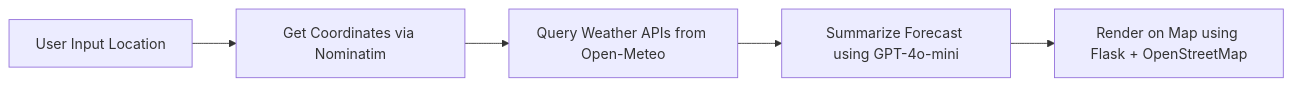
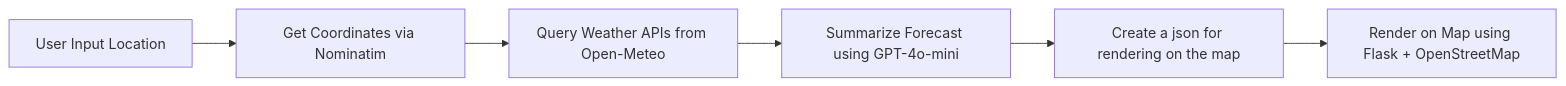
Before and after one commit to ChicoR-Dr/Weather_Reporter_using_LLM_Agents: the diagram in README.md, drawn with Mermaid. The commit also changed other lines of this file, not shown here.

````diff
--- a/README.md
+++ b/README.md
@@ -28,7 +28,8 @@
 ```mermaid
 graph LR
 A[User Input Location] --> B[Get Coordinates via Nominatim]
 B --> C[Query Weather APIs from Open-Meteo]
 C --> D[Summarize Forecast using GPT-4o-mini]
-D --> E[Render on Map using Flask + OpenStreetMap]
+D --> E[Create a json for rendering on the map]
+E --> F[Render on Map using Flask + OpenStreetMap]
 ```
````
